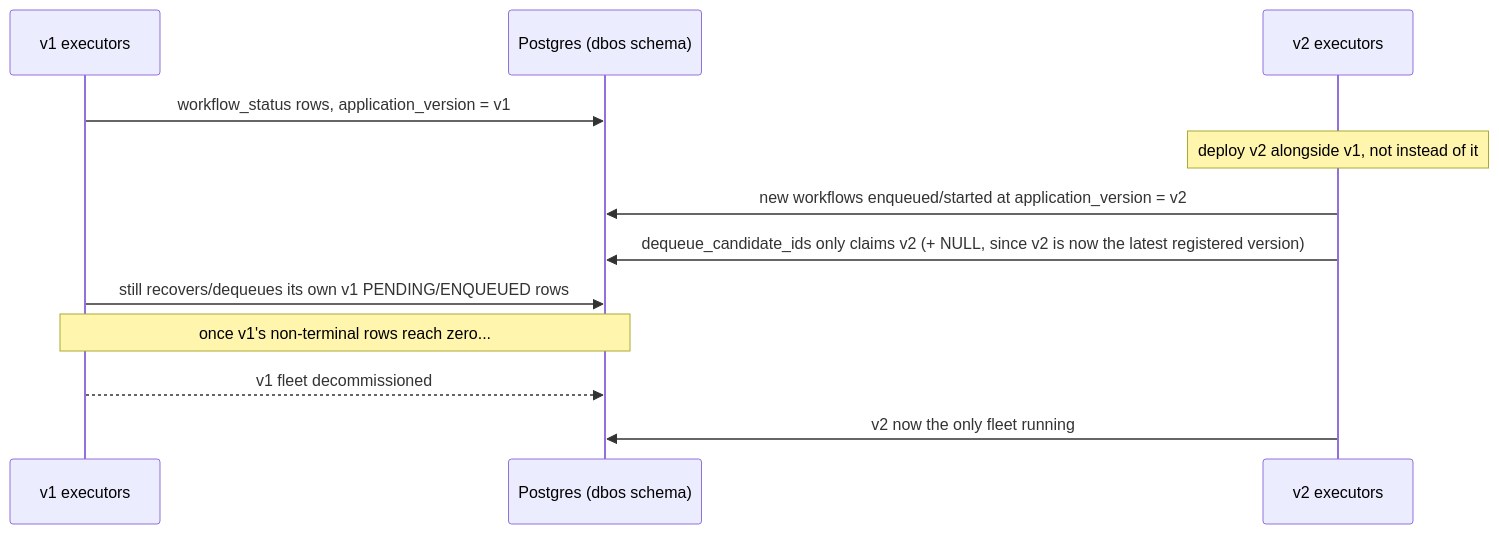
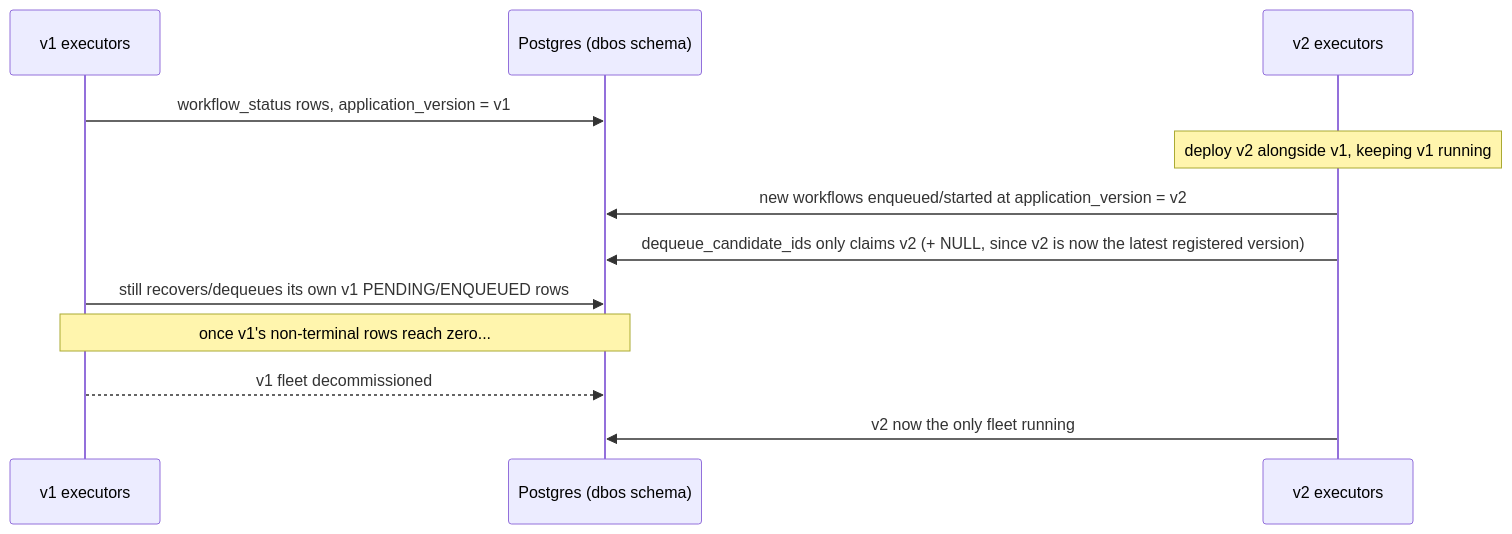
Before and after one commit to mbuhot/dbos_elixir: the second of 2 diagrams in guides/tutorials/upgrading-workflows.md, drawn with Mermaid. The commit also changed other lines of this file and 159 other files, not shown here.

````diff
--- a/guides/tutorials/upgrading-workflows.md
+++ b/guides/tutorials/upgrading-workflows.md
@@ -165,15 +165,15 @@
 ```mermaid
 sequenceDiagram
     participant Old as v1 executors
     participant DB as Postgres (dbos schema)
     participant New as v2 executors
 
     Old->>DB: workflow_status rows, application_version = v1
-    Note over New: deploy v2 alongside v1, not instead of it
+    Note over New: deploy v2 alongside v1, keeping v1 running
     New->>DB: new workflows enqueued/started at application_version = v2
     New->>DB: dequeue_candidate_ids only claims v2 (+ NULL, since v2 is now the latest registered version)
     Old->>DB: still recovers/dequeues its own v1 PENDING/ENQUEUED rows
     Note over Old,DB: once v1's non-terminal rows reach zero...
     Old-->>DB: v1 fleet decommissioned
     New->>DB: v2 now the only fleet running
 ```
````
